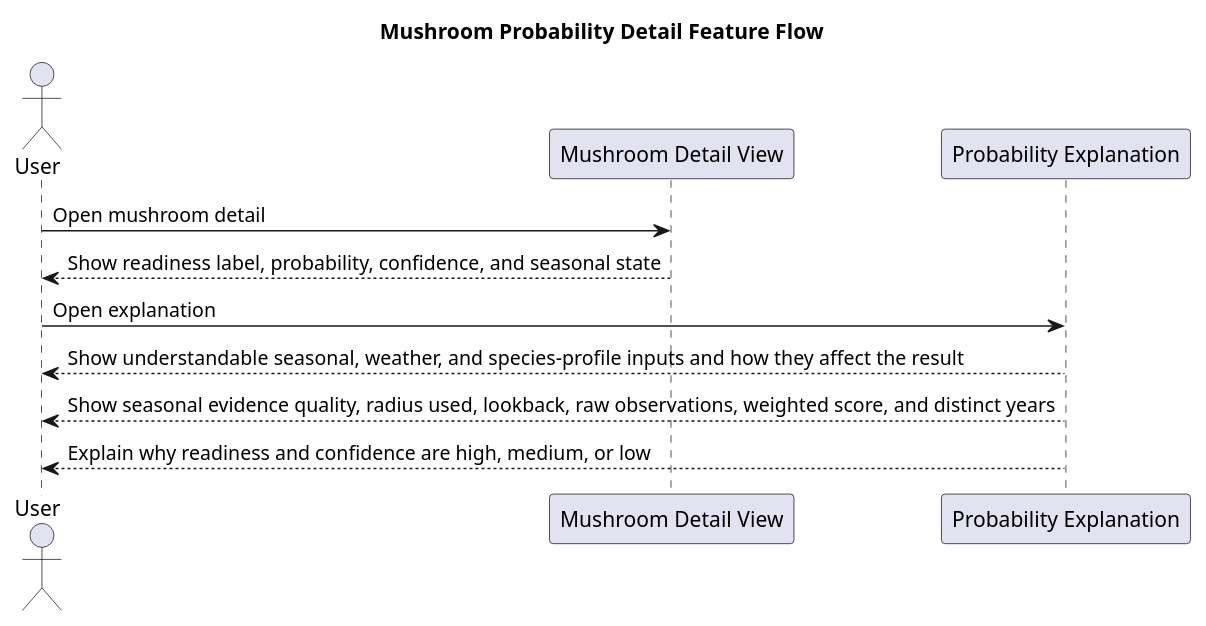
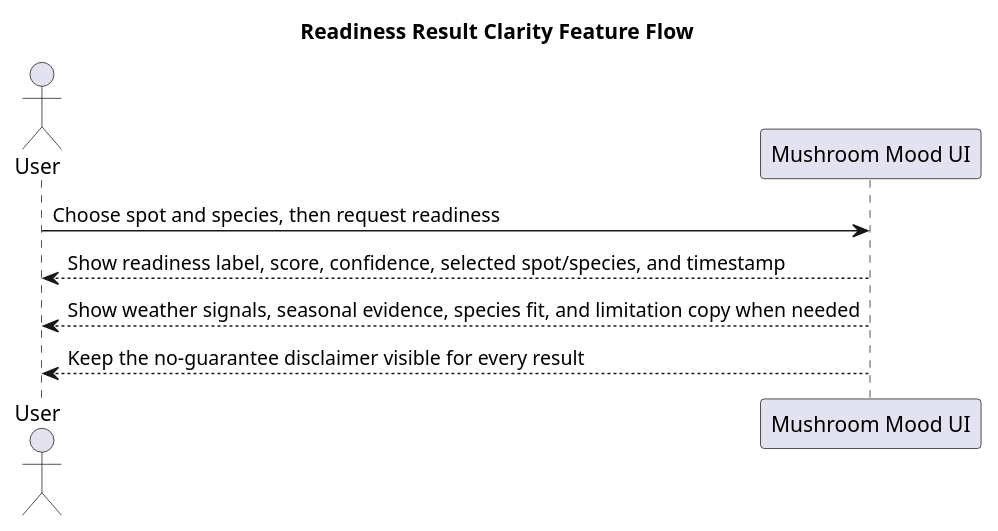
Before and after one commit to OscarFilip/mushroom-mood: the diagram in docs/uml/feature/current/mushroom-probability.puml, drawn with PlantUML. The commit also changed 16 other files, not shown here.

Commit message:
Feat: readiness-result-clarity (#39)

```diff
--- a/docs/uml/feature/current/mushroom-probability.puml
+++ b/docs/uml/feature/current/mushroom-probability.puml
@@ -1,19 +1,14 @@
 @startuml mushroom-probability
-title Mushroom Probability Detail Feature Flow
+title Readiness Result Clarity Feature Flow
 
-' Purpose: Show the current implemented explanation transparency flow after a user opens a mushroom detail view.
+' Purpose: Show the current implemented readiness-result clarity flow for the Mushroom Mood main result card.
 
 actor User
-participant "Mushroom Detail View" as MushroomDetailView
-participant "Probability Explanation" as ProbabilityExplanation
+participant "Mushroom Mood UI" as MushroomMoodUi
 
-User -> MushroomDetailView: Open mushroom detail
-MushroomDetailView --> User: Show readiness label, probability, confidence, and seasonal state
-
-User -> ProbabilityExplanation: Open explanation
-ProbabilityExplanation --> User: Show understandable seasonal, weather, and species-profile inputs and how they affect the result
-ProbabilityExplanation --> User: Show seasonal evidence quality, radius used, lookback, raw observations, weighted score, and distinct years
-
-ProbabilityExplanation --> User: Explain why readiness and confidence are high, medium, or low
+User -> MushroomMoodUi: Choose spot and species, then request readiness
+MushroomMoodUi --> User: Show readiness label, score, confidence, selected spot/species, and timestamp
+MushroomMoodUi --> User: Show weather signals, seasonal evidence, species fit, and limitation copy when needed
+MushroomMoodUi --> User: Keep the no-guarantee disclaimer visible for every result
 
 @enduml
```
